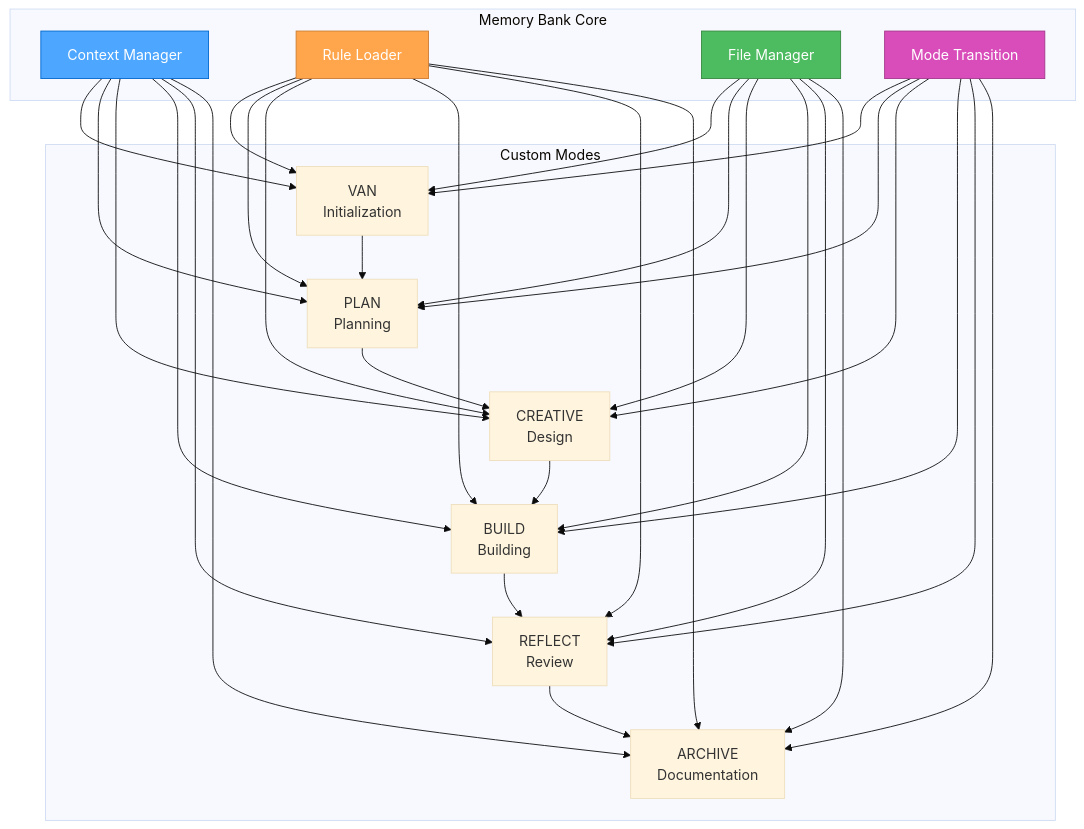
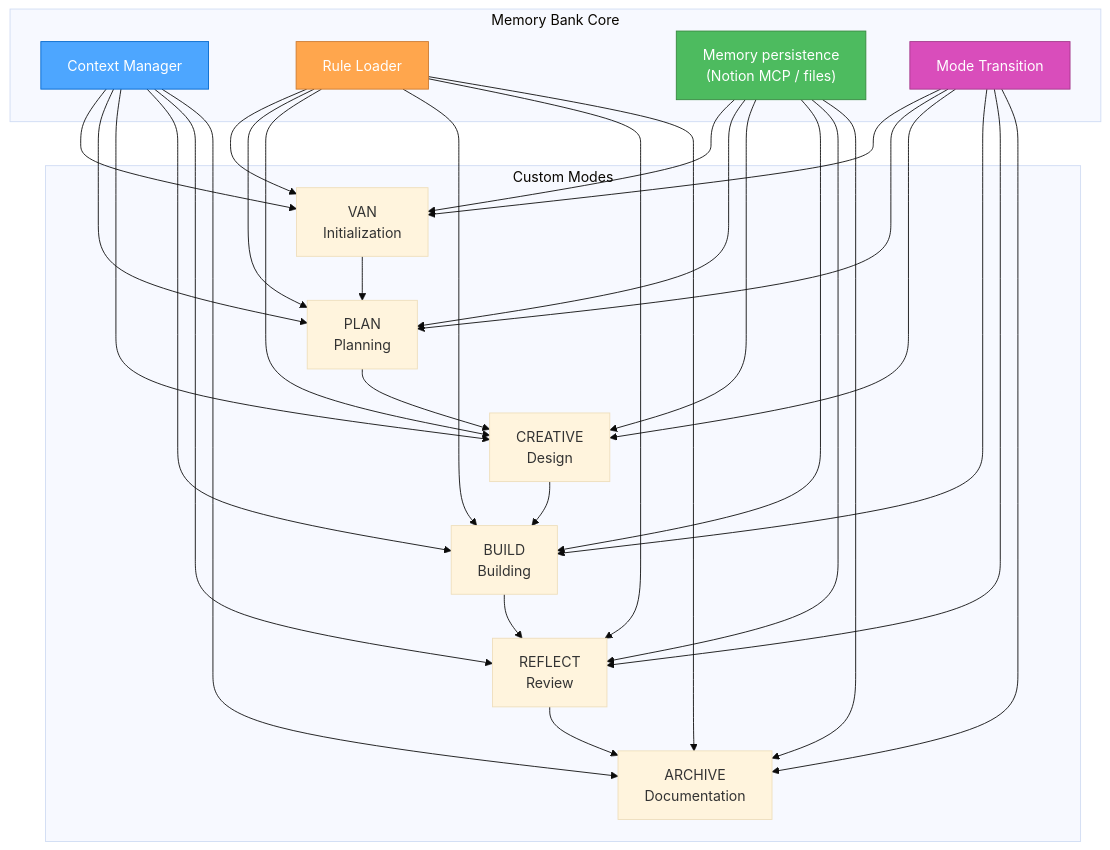
Before and after one commit to xianzhu21/cursor-memory-notion: the first of 6 diagrams in .cursor/rules/isolation_rules/main.mdc, drawn with Mermaid (base theme). The commit also changed other lines of this file and 37 other files, not shown here.

````diff
--- a/.cursor/rules/isolation_rules/main.mdc
+++ b/.cursor/rules/isolation_rules/main.mdc
@@ -16,34 +16,34 @@
 ```mermaid
 graph TD
     subgraph "Memory Bank Core"
         Context["Context Manager"]
         Rules["Rule Loader"]
-        FileIO["File Manager"]
+        Persist["Memory persistence<br>(Notion MCP / files)"]
         Transition["Mode Transition"]
     end
     
     subgraph "Custom Modes"
         VAN["VAN<br>Initialization"]
         PLAN["PLAN<br>Planning"]
         CREATIVE["CREATIVE<br>Design"]
         BUILD["BUILD<br>Building"]
         REFLECT["REFLECT<br>Review"]
         ARCHIVE["ARCHIVE<br>Documentation"]
     end
     
     Context --> VAN & PLAN & CREATIVE & BUILD & REFLECT & ARCHIVE
     Rules --> VAN & PLAN & CREATIVE & BUILD & REFLECT & ARCHIVE
-    FileIO --> VAN & PLAN & CREATIVE & BUILD & REFLECT & ARCHIVE
+    Persist --> VAN & PLAN & CREATIVE & BUILD & REFLECT & ARCHIVE
     Transition --> VAN & PLAN & CREATIVE & BUILD & REFLECT & ARCHIVE
     
     VAN --> PLAN
     PLAN --> CREATIVE
     CREATIVE --> BUILD
     BUILD --> REFLECT
     REFLECT --> ARCHIVE
     
     style Context fill:#4da6ff,stroke:#0066cc,color:white
     style Rules fill:#ffa64d,stroke:#cc7a30,color:white
-    style FileIO fill:#4dbb5f,stroke:#36873f,color:white
+    style Persist fill:#4dbb5f,stroke:#36873f,color:white
     style Transition fill:#d94dbb,stroke:#a3378a,color:white
 ```
````
